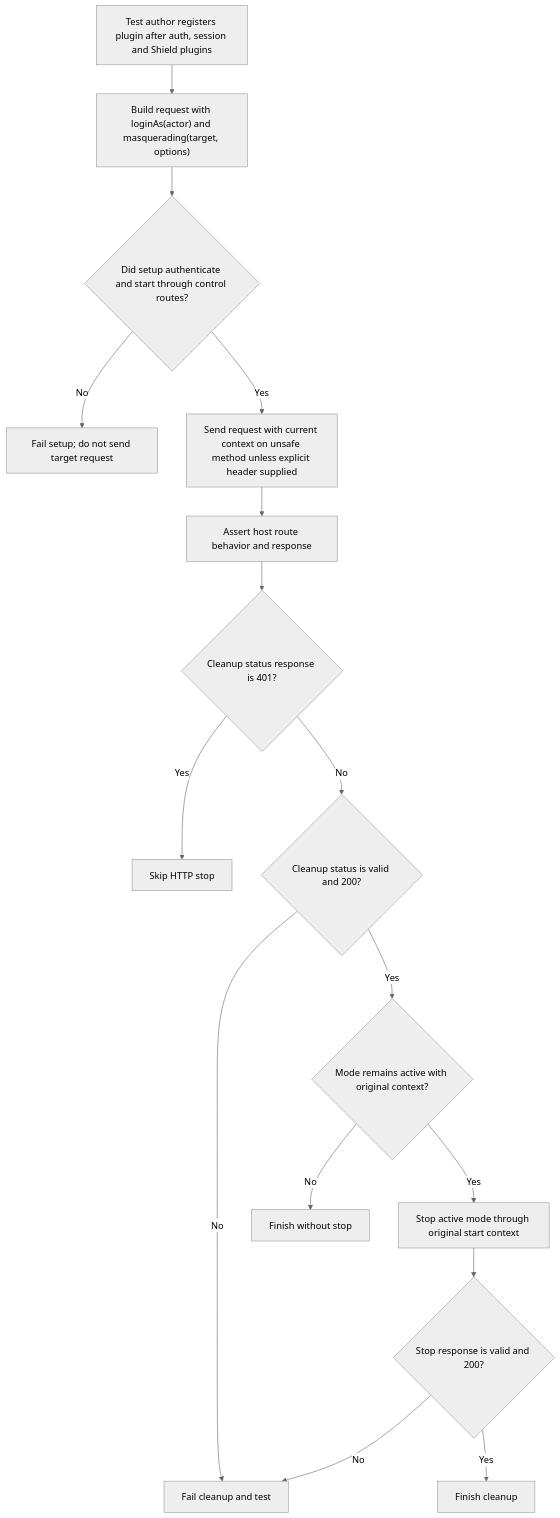
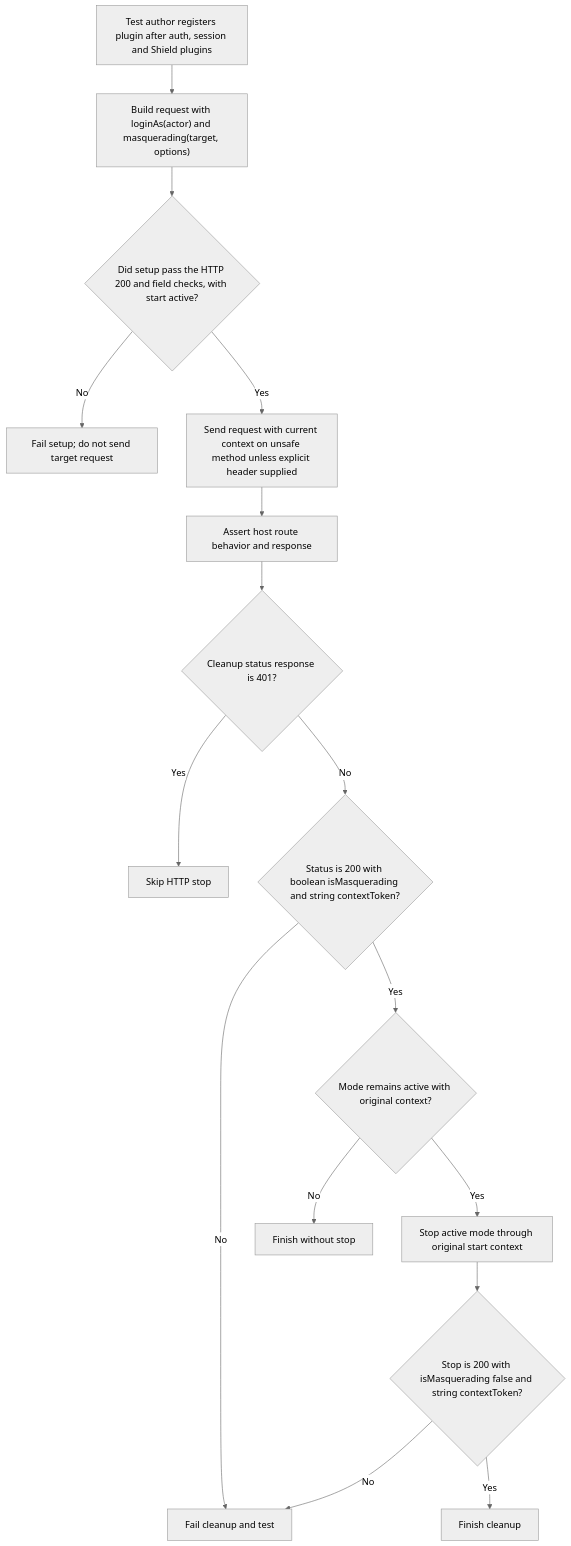
One commit to Kevinjohn/oss-adonisjs-masquerade changed the first of 2 diagrams in user-stories/testing/us-testing-01-api-client-masquerading.md. Above: the diagram before and after it, drawn with Mermaid (neutral theme). The commit also changed other lines of this file and 4 other files, not shown here.

````diff
--- a/user-stories/testing/us-testing-01-api-client-masquerading.md
+++ b/user-stories/testing/us-testing-01-api-client-masquerading.md
@@ -22,18 +22,18 @@
 ```mermaid
 flowchart TD
  A["Test author registers plugin after auth, session and Shield plugins"] --> B["Build request with loginAs(actor) and masquerading(target, options)"]
- B --> C{"Did setup authenticate and start through control routes?"}
+ B --> C{"Did setup pass the HTTP 200 and field checks, with start active?"}
  C -->|No| D["Fail setup; do not send target request"]
  C -->|Yes| E["Send request with current context on unsafe method unless explicit header supplied"]
  E --> F["Assert host route behavior and response"]
  F --> G{"Cleanup status response is 401?"}
  G -->|Yes| H["Skip HTTP stop"]
- G -->|No| J{"Cleanup status is valid and 200?"}
+ G -->|No| J{"Status is 200 with boolean isMasquerading and string contextToken?"}
  J -->|No| K["Fail cleanup and test"]
  J -->|Yes| L{"Mode remains active with original context?"}
  L -->|No| M["Finish without stop"]
  L -->|Yes| I["Stop active mode through original start context"]
- I --> N{"Stop response is valid and 200?"}
+ I --> N{"Stop is 200 with isMasquerading false and string contextToken?"}
  N -->|No| K
  N -->|Yes| O["Finish cleanup"]
 ```
````
